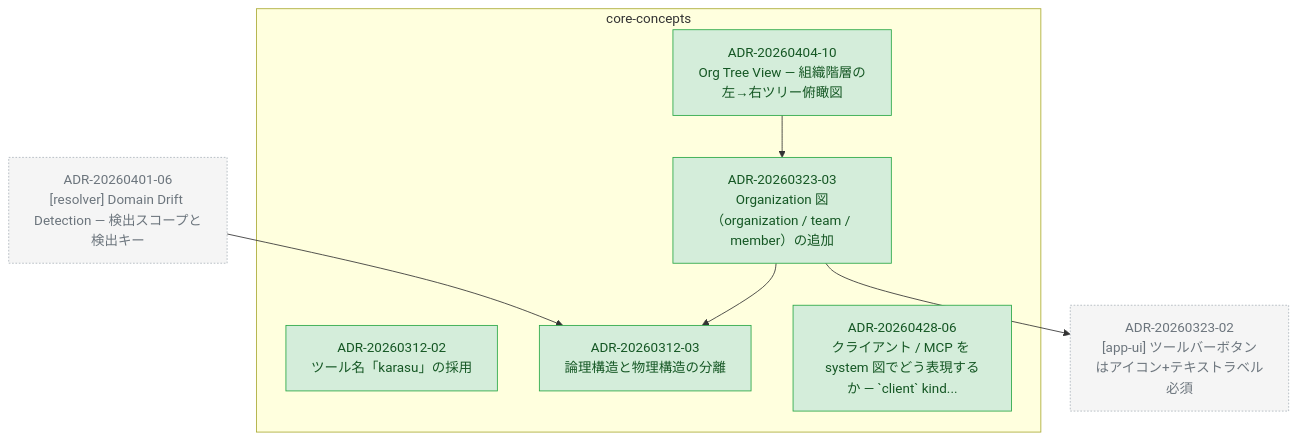
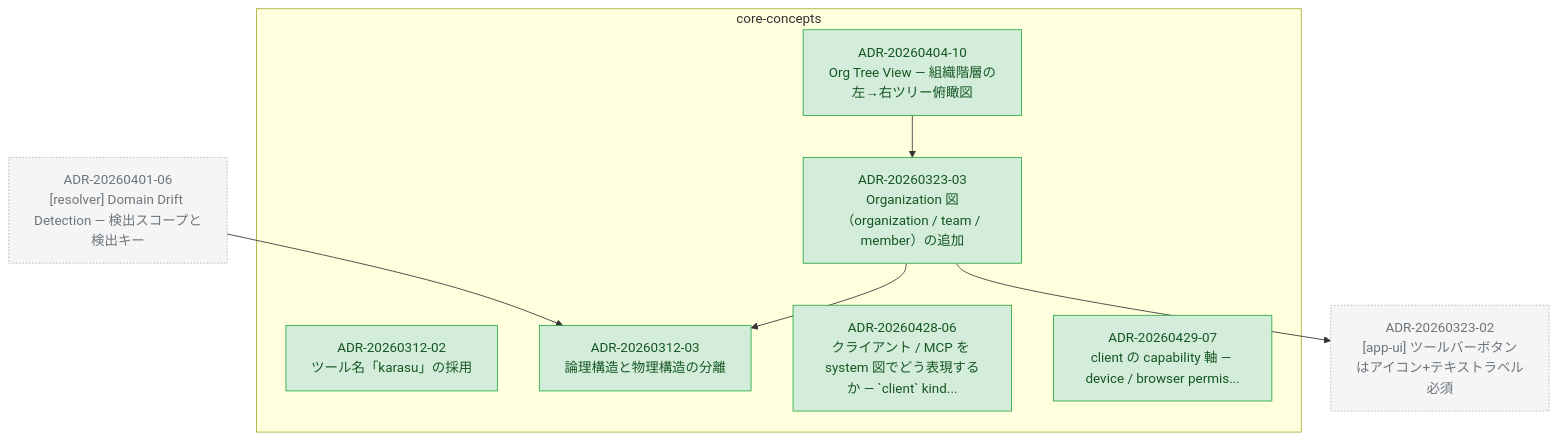
The diagram in docs/adr/graph/core-concepts.md (kompiro/karasu), drawn with Mermaid before and after one commit. The commit also changed other lines of this file and 4 other files, not shown here.

First line of the commit message:
docs(adr): promote client capability design to ADR-20260429-06 (#1029)

````diff
--- a/docs/adr/graph/core-concepts.md
+++ b/docs/adr/graph/core-concepts.md
@@ -6,30 +6,32 @@
 ```mermaid
 flowchart TD
   subgraph core-concepts["core-concepts"]
     ADR_20260312_02["ADR-20260312-02<br/>ツール名「karasu」の採用"]
     ADR_20260312_03["ADR-20260312-03<br/>論理構造と物理構造の分離"]
     ADR_20260323_03["ADR-20260323-03<br/>Organization 図（organization / team / member）の追加"]
     ADR_20260404_10["ADR-20260404-10<br/>Org Tree View — 組織階層の左→右ツリー俯瞰図"]
     ADR_20260428_06["ADR-20260428-06<br/>クライアント / MCP を system 図でどう表現するか — `client` kind..."]
+    ADR_20260429_07["ADR-20260429-07<br/>client の capability 軸 — device / browser permis..."]
   end
   ADR_20260323_02["ADR-20260323-02<br/>[app-ui] ツールバーボタンはアイコン+テキストラベル必須"]
   ADR_20260401_06["ADR-20260401-06<br/>[resolver] Domain Drift Detection — 検出スコープと検出キー"]
   ADR_20260323_03 --> ADR_20260312_03
   ADR_20260323_03 --> ADR_20260323_02
   ADR_20260404_10 --> ADR_20260323_03
   ADR_20260401_06 --> ADR_20260312_03
 
   classDef accepted fill:#d4edda,stroke:#28a745,color:#155724
   classDef proposed fill:#fff3cd,stroke:#ffc107,color:#856404
   classDef deprecated fill:#f8d7da,stroke:#dc3545,color:#721c24
   classDef superseded fill:#e2e3e5,stroke:#6c757d,color:#383d41
   classDef not_adopted fill:#e2e3e5,stroke:#6c757d,color:#383d41,stroke-dasharray:3 3
   classDef ghost fill:#f5f5f5,stroke:#adb5bd,color:#6c757d,stroke-dasharray:2 2
   class ADR_20260312_02 accepted
   class ADR_20260312_03 accepted
   class ADR_20260323_03 accepted
   class ADR_20260404_10 accepted
   class ADR_20260428_06 accepted
+  class ADR_20260429_07 accepted
   class ADR_20260323_02 ghost
   class ADR_20260401_06 ghost
 ```
````
